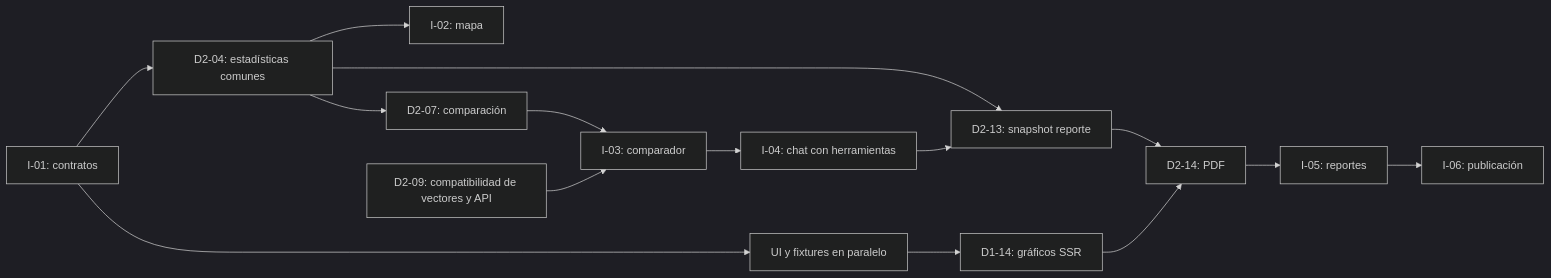
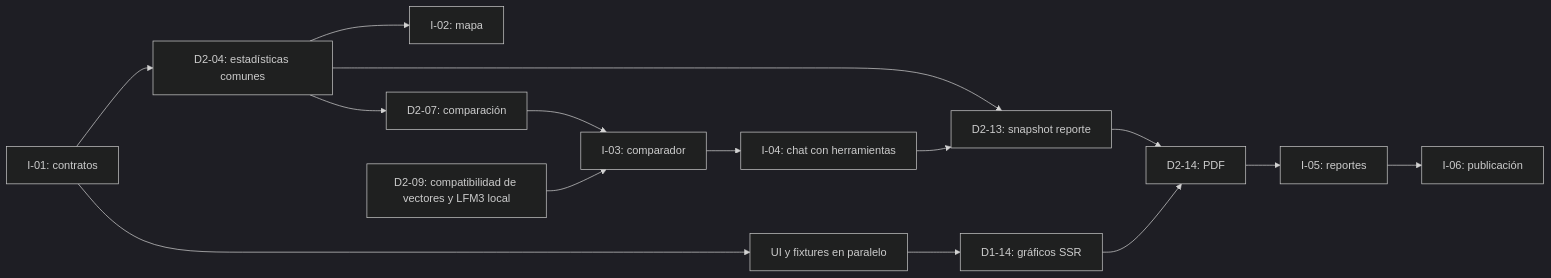
The diagram in docs/plan/03-fases-y-cronograma.md (CUBO-IA/ImpactAtlas-Nemotron), drawn with Mermaid (dark theme) before and after one commit. The commit also changed other lines of this file and 8 other files, not shown here.

````diff
--- a/docs/plan/03-fases-y-cronograma.md
+++ b/docs/plan/03-fases-y-cronograma.md
@@ -72,17 +72,17 @@
 ```mermaid
 flowchart LR
     C["I-01: contratos"] --> UI["UI y fixtures en paralelo"]
     C --> SQL["D2-04: estadísticas comunes"]
     SQL --> MAP["I-02: mapa"]
     SQL --> CMP["D2-07: comparación"]
     CMP --> I3["I-03: comparador"]
-    SP["D2-09: compatibilidad de vectores y API"] --> I3
+    SP["D2-09: compatibilidad de vectores y LFM3 local"] --> I3
     I3 --> AI["I-04: chat con herramientas"]
     SQL --> SNAP["D2-13: snapshot reporte"]
     AI --> SNAP
     UI --> CHART["D1-14: gráficos SSR"]
     SNAP --> PDF["D2-14: PDF"]
     CHART --> PDF
     PDF --> I5["I-05: reportes"]
     I5 --> RELEASE["I-06: publicación"]
 ```
````
